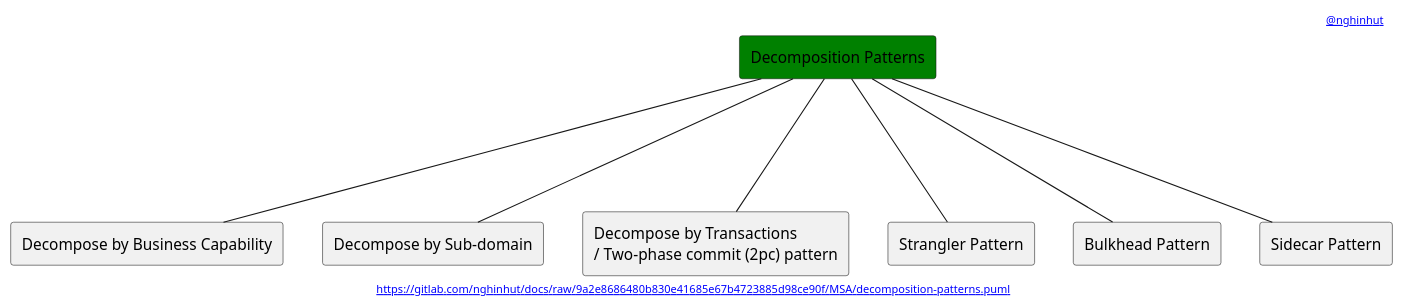
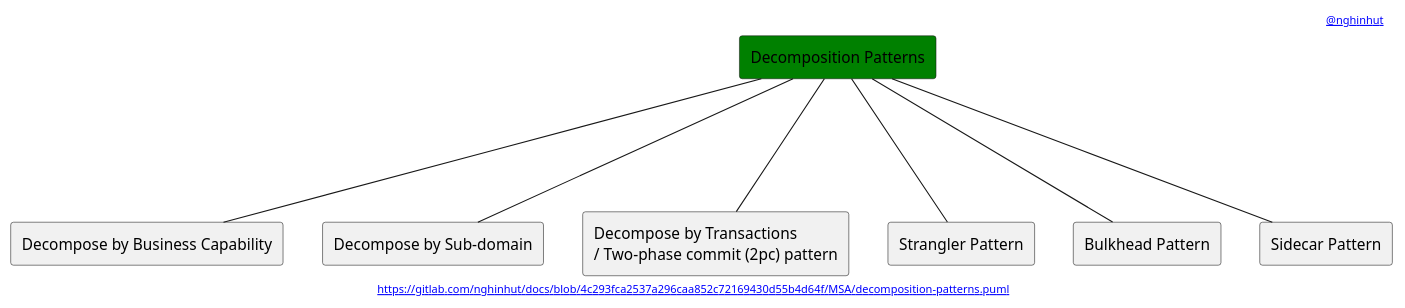
The diagram in MSA/decomposition-patterns.puml (nghinhut/docs), drawn with PlantUML before and after one commit. The commit also changed 18 other files, not shown here.

Commit message:
Update diagrams

```diff
--- a/MSA/decomposition-patterns.puml
+++ b/MSA/decomposition-patterns.puml
@@ -1,22 +1,22 @@
 @startuml
 '-----START auto generated metadata please keep comment here to allow auto update-----
 '-----DON'T EDIT THIS SECTION, INSTEAD RE-RUN prebuild.sh TO UPDATE-----
 header [[mailto:nghinhut@gmail.com @nghinhut]]
-footer [[https://gitlab.com/nghinhut/docs/raw/9a2e8686480b830e41685e67b4723885d98ce90f/MSA/decomposition-patterns.puml]]
+footer [[https://gitlab.com/nghinhut/docs/blob/4c293fca2537a296caa852c72169430d55b4d64f/MSA/decomposition-patterns.puml]]
 '-----END auto generated metadata please keep comment here to allow auto update-----
 
 rectangle "Decomposition Patterns" as Decomposition #green
 
 rectangle "Decompose by Business Capability" as DecompositionP1
 rectangle "Decompose by Sub-domain" as DecompositionP2
 rectangle "Decompose by Transactions\n/ Two-phase commit (2pc) pattern" as DecompositionP3
 rectangle "Strangler Pattern" as DecompositionP4
 rectangle "Bulkhead Pattern" as DecompositionP5
 rectangle "Sidecar Pattern" as DecompositionP6
 Decomposition --- DecompositionP1
 Decomposition --- DecompositionP2
 Decomposition --- DecompositionP3
 Decomposition --- DecompositionP4
 Decomposition --- DecompositionP5
 Decomposition --- DecompositionP6
 @enduml
```
